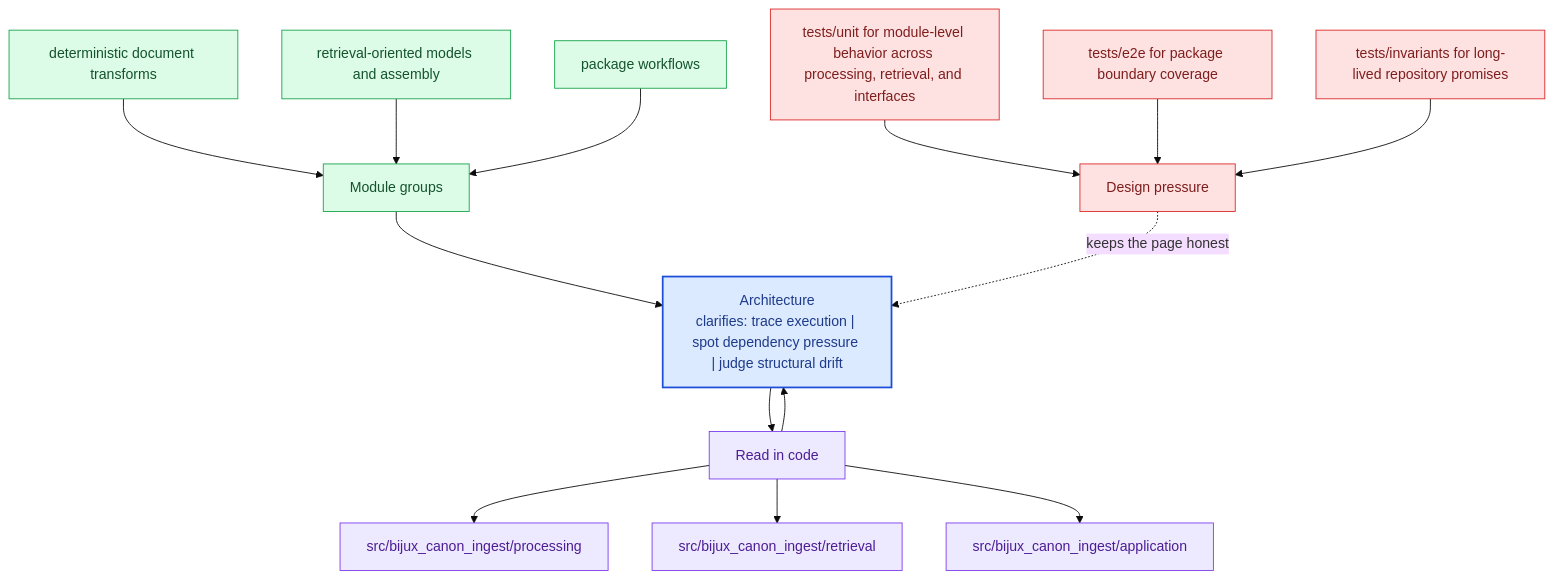
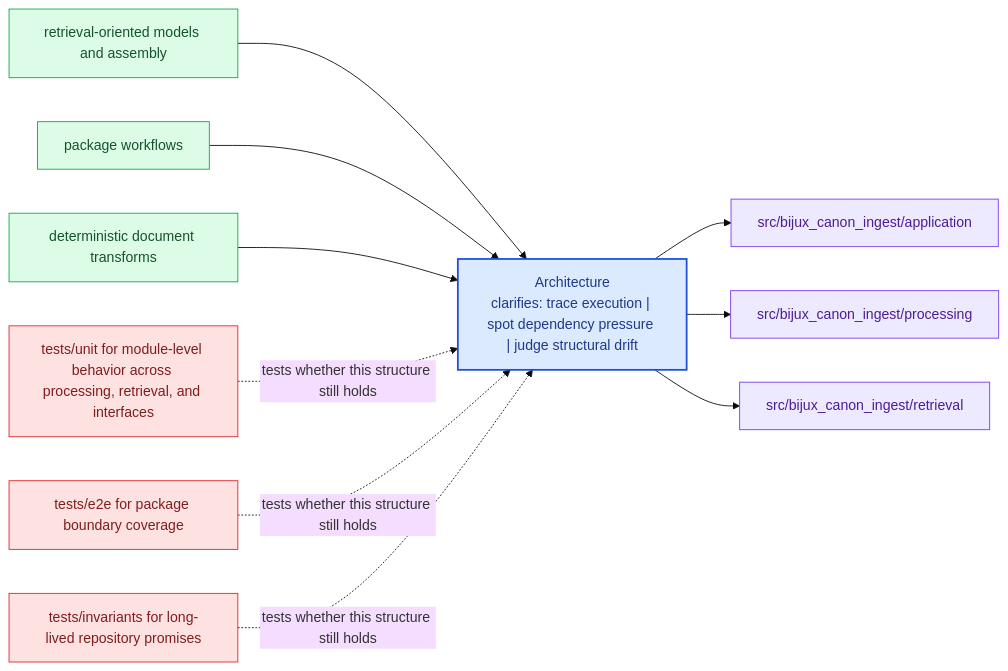
The diagram in docs/bijux-canon-ingest/architecture/index.md (bijux/bijux-canon), drawn with Mermaid (base theme) before and after one commit. The commit also changed other lines of this file and 281 other files, not shown here.

Commit message:
docs(diagrams): replace repeated mermaid scaffolds with page-specific summaries

````diff
--- a/docs/bijux-canon-ingest/architecture/index.md
+++ b/docs/bijux-canon-ingest/architecture/index.md
@@ -65,40 +20,31 @@
 ```mermaid
-flowchart TB
-    promise["Architecture<br/>clarifies: trace execution | spot dependency pressure | judge structural drift"]
-    classDef promise fill:#dbeafe,stroke:#1d4ed8,color:#1e3a8a,stroke-width:2px;
-    classDef driver fill:#dcfce7,stroke:#16a34a,color:#14532d;
-    classDef constraint fill:#fee2e2,stroke:#dc2626,color:#7f1d1d;
-    classDef ground fill:#ede9fe,stroke:#7c3aed,color:#4c1d95;
-    focus1["Module groups"]
-    focus1 --> promise
-    focus1_1["deterministic document transforms"]
-    focus1_1 --> focus1
-    focus1_2["retrieval-oriented models and assembly"]
-    focus1_2 --> focus1
-    focus1_3["package workflows"]
-    focus1_3 --> focus1
-    class focus1 driver;
-    class focus1_1,focus1_2,focus1_3 driver;
-    focus2["Read in code"]
-    focus2 --> promise
-    promise --> focus2
-    focus2_1["src/bijux_canon_ingest/processing"]
-    focus2 --> focus2_1
-    focus2_2["src/bijux_canon_ingest/retrieval"]
-    focus2 --> focus2_2
-    focus2_3["src/bijux_canon_ingest/application"]
-    focus2 --> focus2_3
-    class focus2 ground;
-    class focus2_1,focus2_2,focus2_3 ground;
-    focus3["Design pressure"]
-    focus3 -.keeps the page honest.-> promise
-    focus3_1["tests/unit for module-level behavior across processing, retrieval, and interfaces"]
-    focus3_1 --> focus3
-    focus3_2["tests/e2e for package boundary coverage"]
-    focus3_2 --> focus3
-    focus3_3["tests/invariants for long-lived repository promises"]
-    focus3_3 --> focus3
-    class focus3 constraint;
-    class focus3_1,focus3_2,focus3_3 constraint;
-    class promise promise;
+flowchart LR
+    page["Architecture<br/>clarifies: trace execution | spot dependency pressure | judge structural drift"]
+    classDef page fill:#dbeafe,stroke:#1d4ed8,color:#1e3a8a,stroke-width:2px;
+    classDef positive fill:#dcfce7,stroke:#16a34a,color:#14532d;
+    classDef caution fill:#fee2e2,stroke:#dc2626,color:#7f1d1d;
+    classDef anchor fill:#ede9fe,stroke:#7c3aed,color:#4c1d95;
+    classDef action fill:#fef3c7,stroke:#d97706,color:#7c2d12;
+    module1["retrieval-oriented models and assembly"]
+    module1 --> page
+    module2["package workflows"]
+    module2 --> page
+    module3["deterministic document transforms"]
+    module3 --> page
+    code1["src/bijux_canon_ingest/application"]
+    page --> code1
+    code2["src/bijux_canon_ingest/processing"]
+    page --> code2
+    code3["src/bijux_canon_ingest/retrieval"]
+    page --> code3
+    pressure1["tests/unit for module-level behavior across processing, retrieval, and interfaces"]
+    pressure1 -.tests whether this structure still holds.-> page
+    pressure2["tests/e2e for package boundary coverage"]
+    pressure2 -.tests whether this structure still holds.-> page
+    pressure3["tests/invariants for long-lived repository promises"]
+    pressure3 -.tests whether this structure still holds.-> page
+    class page page;
+    class module1,module2,module3 positive;
+    class code1,code2,code3 anchor;
+    class pressure1,pressure2,pressure3 caution;
 ```
````
